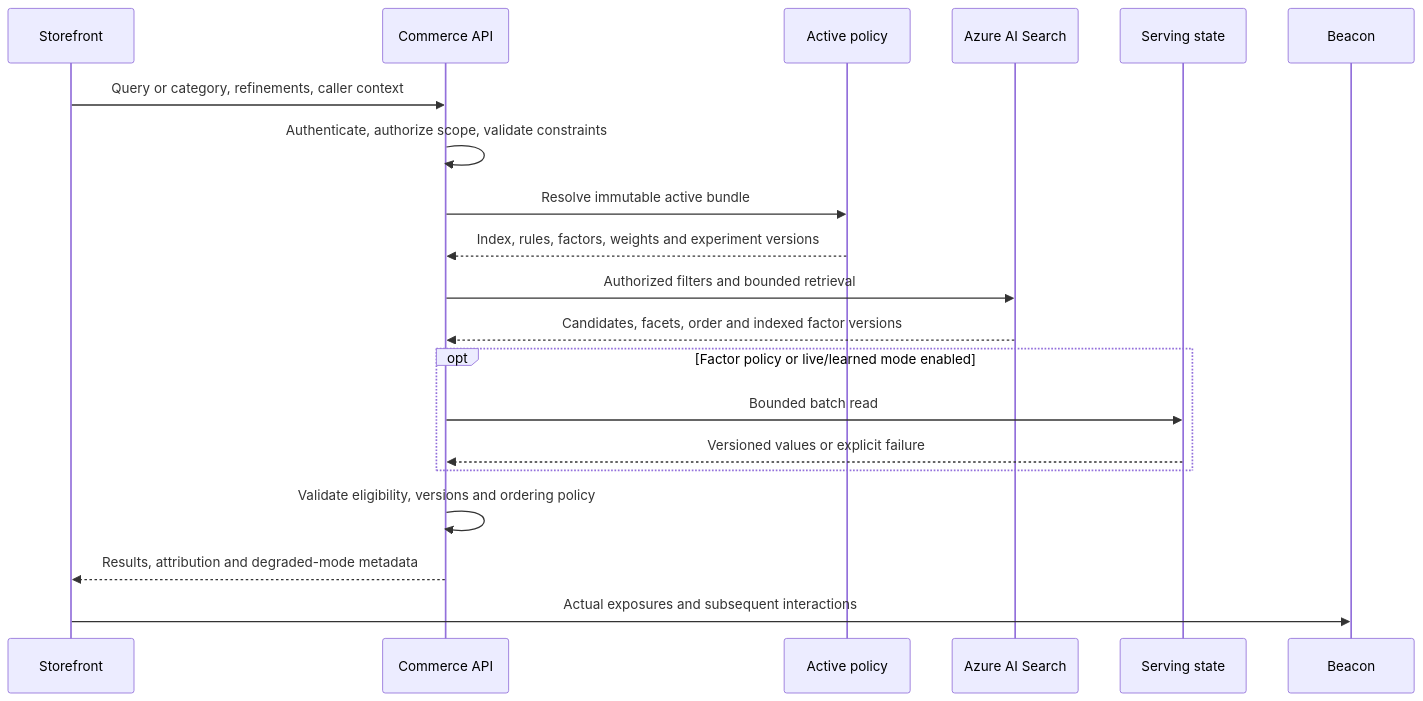
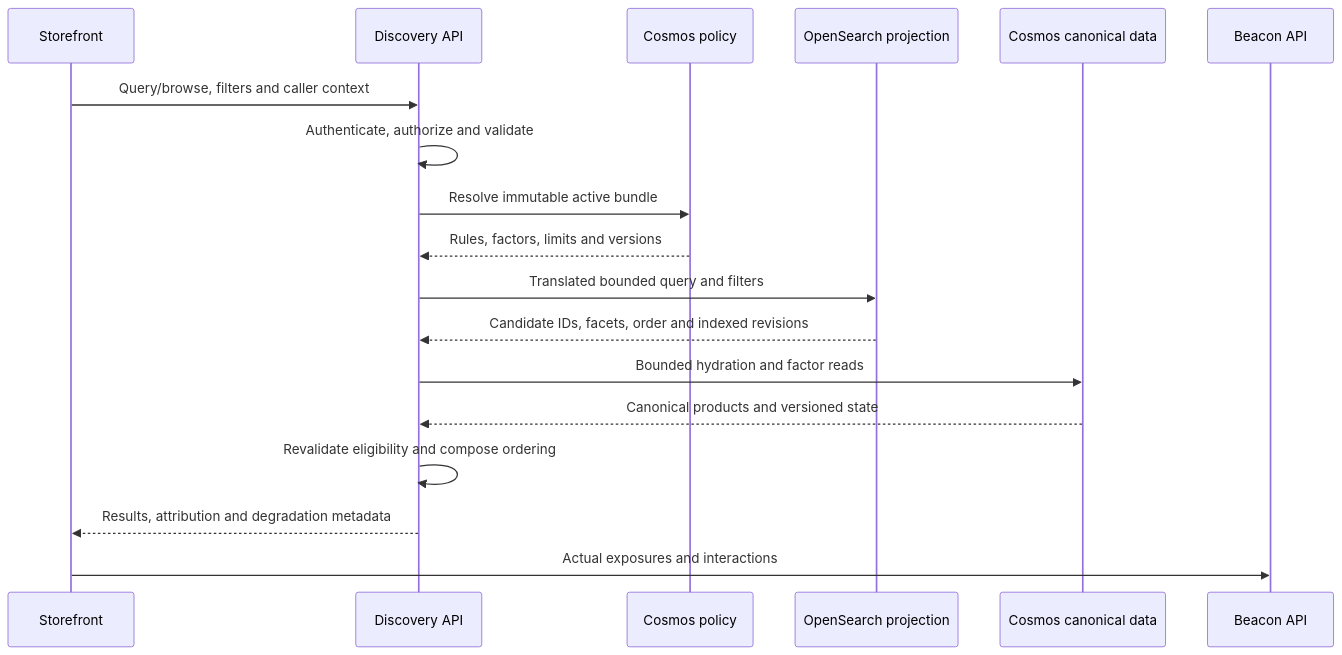
Before and after one commit to duongthaiha/dynamic-real-time-search: the second of 2 diagrams in docs/architecture/azure-commerce-search-platform-design.md, drawn with Mermaid. The commit also changed other lines of this file and 1 other file, not shown here.

````diff
--- a/docs/architecture/azure-commerce-search-platform-design.md
+++ b/docs/architecture/azure-commerce-search-platform-design.md
@@ -722,22 +463,20 @@
 ```mermaid
 sequenceDiagram
     participant UI as Storefront
-    participant API as Commerce API
-    participant Policy as Active policy
-    participant Search as Azure AI Search
-    participant State as Serving state
-    participant Beacon as Beacon
-    UI->>API: Query or category, refinements, caller context
-    API->>API: Authenticate, authorize scope, validate constraints
+    participant API as Discovery API
+    participant Policy as Cosmos policy
+    participant Search as OpenSearch projection
+    participant Data as Cosmos canonical data
+    participant Beacon as Beacon API
+    UI->>API: Query/browse, filters and caller context
+    API->>API: Authenticate, authorize and validate
     API->>Policy: Resolve immutable active bundle
-    Policy-->>API: Index, rules, factors, weights and experiment versions
-    API->>Search: Authorized filters and bounded retrieval
-    Search-->>API: Candidates, facets, order and indexed factor versions
-    opt Factor policy or live/learned mode enabled
-        API->>State: Bounded batch read
-        State-->>API: Versioned values or explicit failure
-    end
-    API->>API: Validate eligibility, versions and ordering policy
-    API-->>UI: Results, attribution and degraded-mode metadata
-    UI->>Beacon: Actual exposures and subsequent interactions
+    Policy-->>API: Rules, factors, limits and versions
+    API->>Search: Translated bounded query and filters
+    Search-->>API: Candidate IDs, facets, order and indexed revisions
+    API->>Data: Bounded hydration and factor reads
+    Data-->>API: Canonical products and versioned state
+    API->>API: Revalidate eligibility and compose ordering
+    API-->>UI: Results, attribution and degradation metadata
+    UI->>Beacon: Actual exposures and interactions
 ```
````
